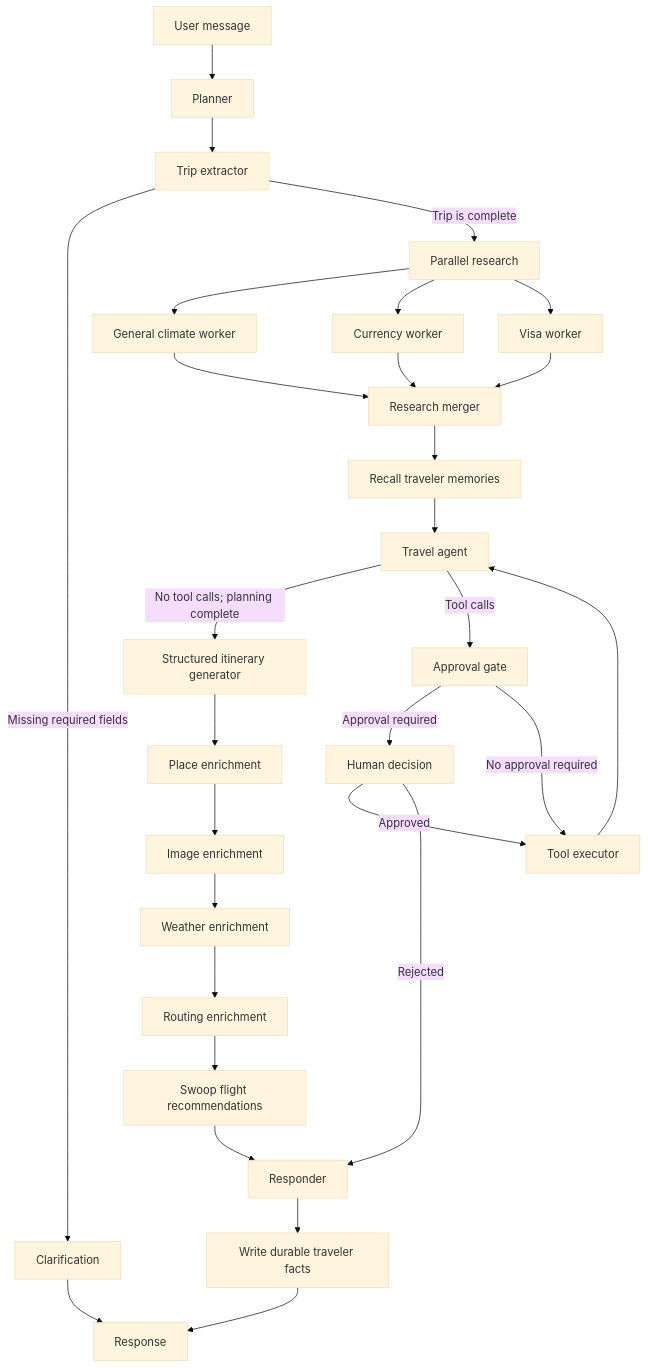
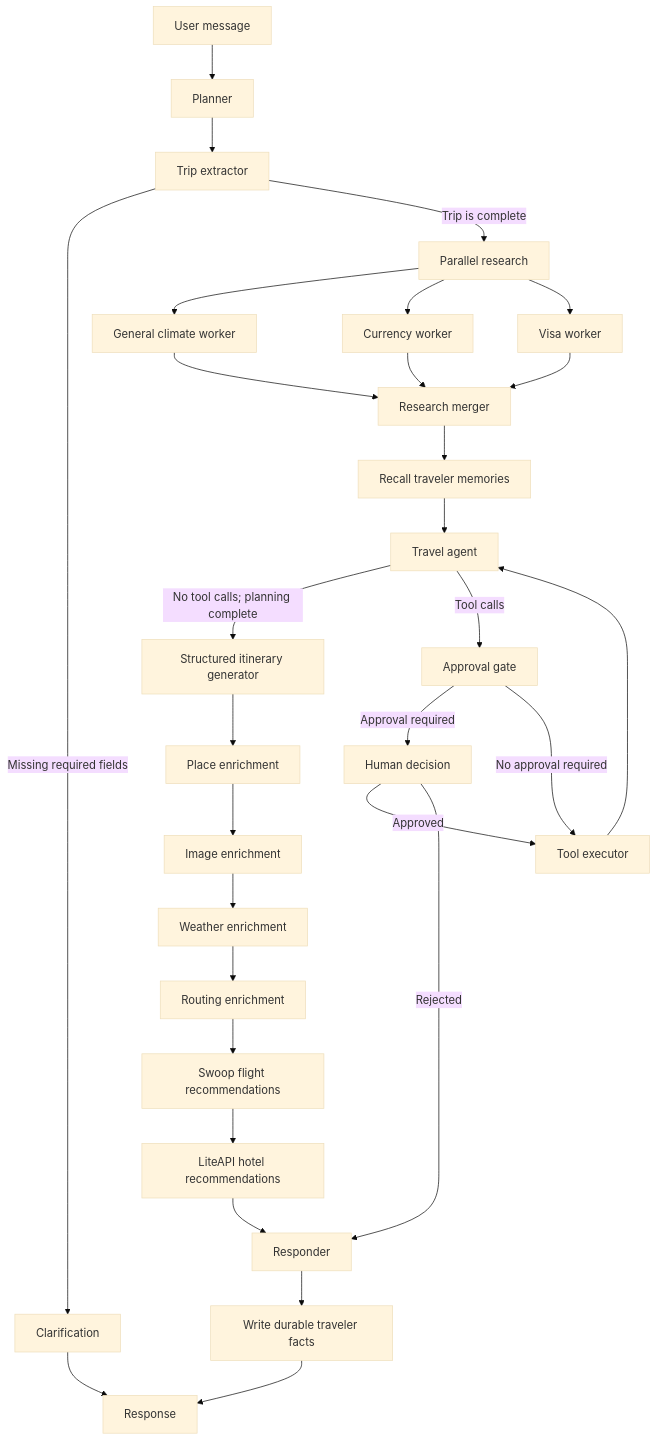
One commit to NaimurRahmannn/TravelAI-Agent-v2-LangGraph changed the diagram in README.md. Above: the diagram before and after it, drawn with Mermaid (base theme). The commit also changed other lines of this file and 33 other files, not shown here.

Commit message:
feat: integrate LiteAPI hotel recommendations

````diff
--- a/README.md
+++ b/README.md
@@ -61,31 +62,32 @@
 ```mermaid
 flowchart TD
     A[User message] --> B[Planner]
     B --> C[Trip extractor]
     C -->|Missing required fields| D[Clarification]
     C -->|Trip is complete| E[Parallel research]
     E --> E1[General climate worker]
     E --> E2[Currency worker]
     E --> E3[Visa worker]
     E1 --> F[Research merger]
     E2 --> F
     E3 --> F
     F --> N[Recall traveler memories]
     N --> G[Travel agent]
     G -->|No tool calls; planning complete| P[Structured itinerary generator]
     G -->|Tool calls| I[Approval gate]
     I -->|Approval required| J[Human decision]
     I -->|No approval required| K[Tool executor]
     J -->|Approved| K
     J -->|Rejected| L[Responder]
     K --> G
     P --> Q[Place enrichment]
     Q --> R[Image enrichment]
     R --> W[Weather enrichment]
     W --> T[Routing enrichment]
     T --> U[Swoop flight recommendations]
-    U --> L
+    U --> V[LiteAPI hotel recommendations]
+    V --> L
     D --> M[Response]
     L --> O[Write durable traveler facts]
     O --> M
 ```
````
